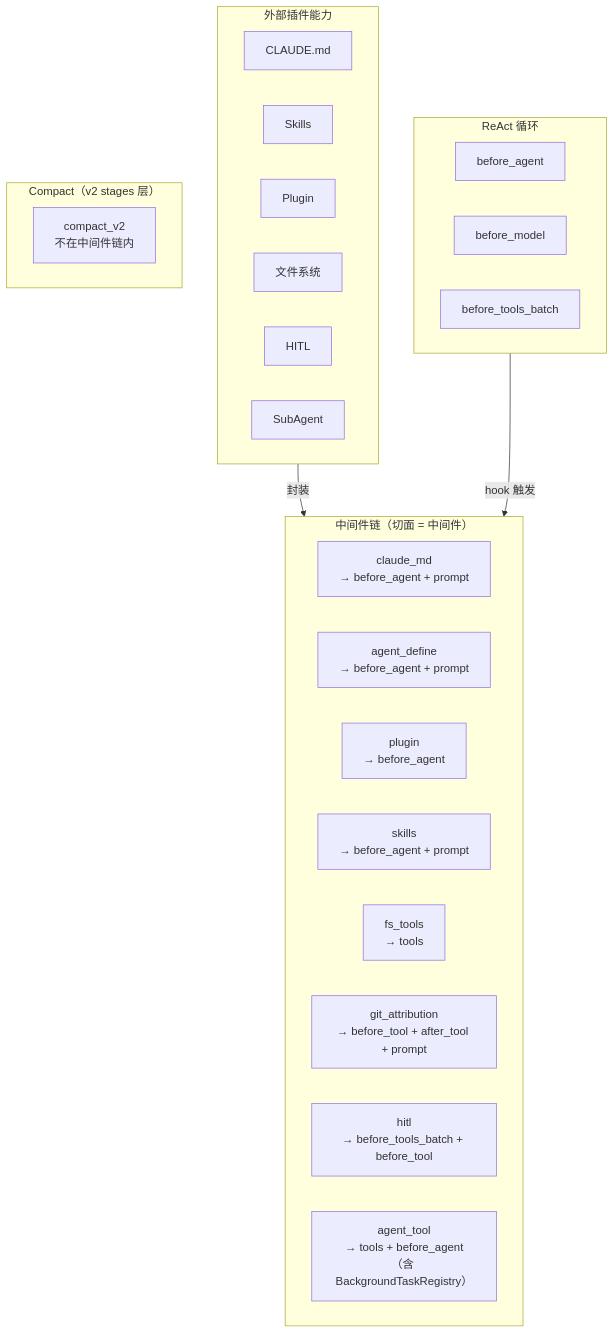
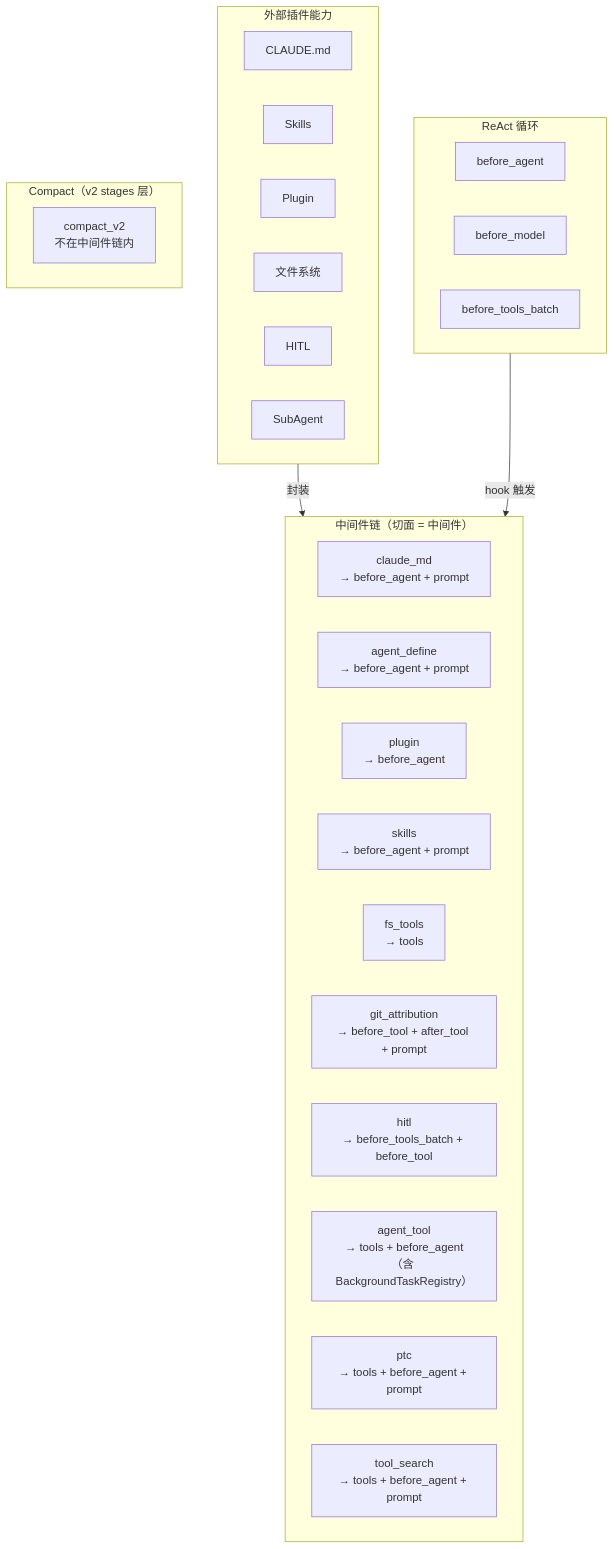
One commit to KonghaYao/peri changed the diagram in docs/design/peri-agent-middleware-v2.md. Above: the diagram before and after it, drawn with Mermaid. The commit also changed other lines of this file and 135 other files, not shown here.

````diff
--- a/docs/design/peri-agent-middleware-v2.md
+++ b/docs/design/peri-agent-middleware-v2.md
@@ -17,36 +17,38 @@
 ```mermaid
 graph TB
     subgraph PLUGIN["外部插件能力"]
         P1["CLAUDE.md"]
         P2["Skills"]
         P3["Plugin"]
         P4["文件系统"]
         P5["HITL"]
         P6["SubAgent"]
     end
 
     subgraph CHAIN["中间件链（切面 = 中间件）"]
         direction LR
         C1["claude_md<br/>→ before_agent + prompt"]
         C1b["agent_define<br/>→ before_agent + prompt"]
         C1c["plugin<br/>→ before_agent"]
         C2["skills<br/>→ before_agent + prompt"]
         C3["fs_tools<br/>→ tools"]
         C3b["git_attribution<br/>→ before_tool + after_tool + prompt"]
         C4["hitl<br/>→ before_tools_batch + before_tool"]
         C5["agent_tool<br/>→ tools + before_agent<br/>（含 BackgroundTaskRegistry）"]
+        C6["ptc<br/>→ tools + before_agent + prompt"]
+        C7["tool_search<br/>→ tools + before_agent + prompt"]
     end
 
     subgraph REACT["ReAct 循环"]
         H1["before_agent"]
         H2["before_model"]
         H3["before_tools_batch"]
     end
 
     subgraph COMPACT["Compact（v2 stages 层）"]
         H4["compact_v2<br/>不在中间件链内"]
     end
 
     PLUGIN -->|"封装"| CHAIN
     REACT -->|"hook 触发"| CHAIN
 ```
````
